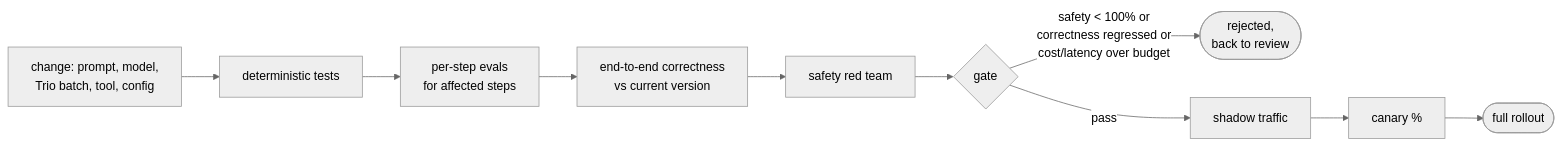
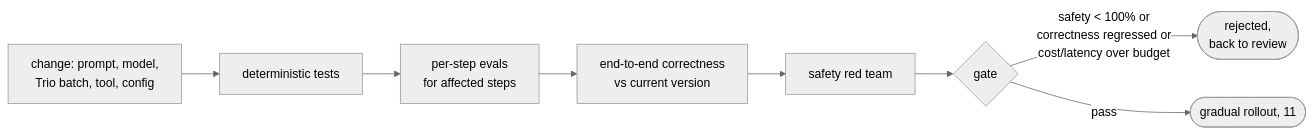
The diagram in docs/hld/07-quality-assurance.md (sternyishai/opsfleet-test), drawn with Mermaid (neutral theme) before and after one commit. The commit also changed other lines of this file and 3 other files, not shown here.

````diff
--- a/docs/hld/07-quality-assurance.md
+++ b/docs/hld/07-quality-assurance.md
@@ -56,10 +56,10 @@
 ```mermaid
 flowchart LR
     C[change: prompt, model,<br/>Trio batch, tool, config] --> T[deterministic tests]
     T --> S[per-step evals<br/>for affected steps]
     S --> E[end-to-end correctness<br/>vs current version]
     E --> R[safety red team]
     R --> B{gate}
     B -- safety < 100% or<br/>correctness regressed or<br/>cost/latency over budget --> X([rejected,<br/>back to review])
-    B -- pass --> SH[shadow traffic] --> CA[canary %] --> F([full rollout])
+    B -- pass --> F([gradual rollout, 11])
 ```
````
